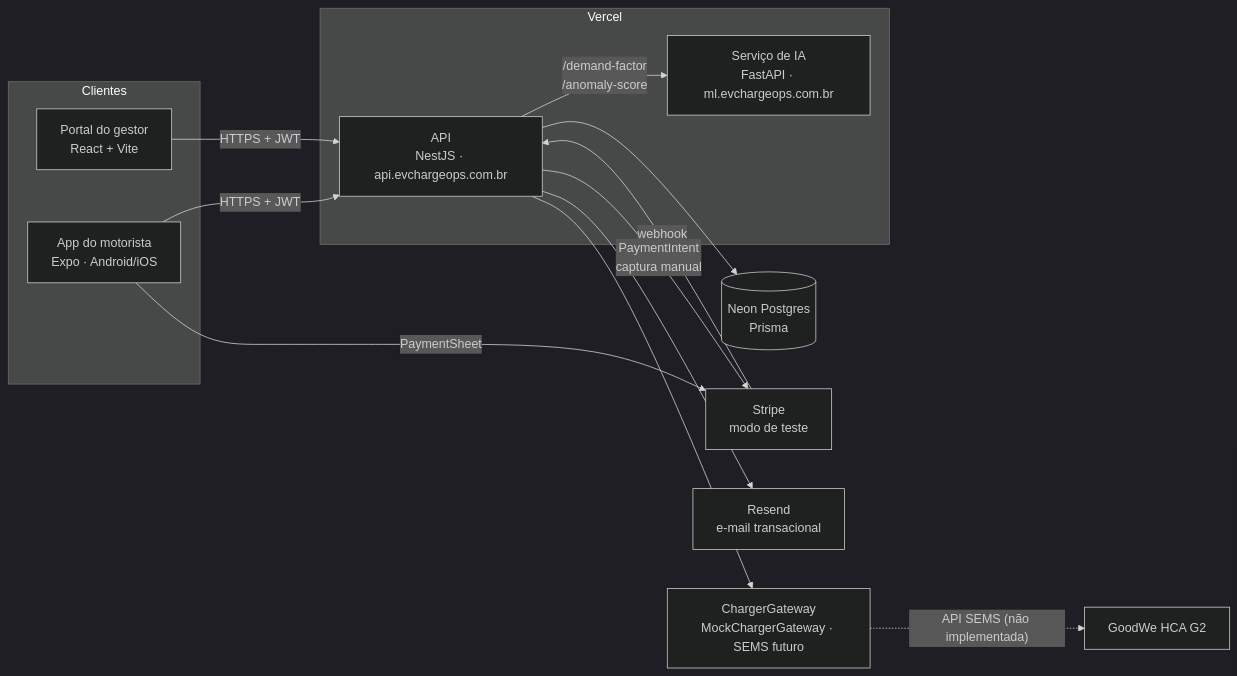
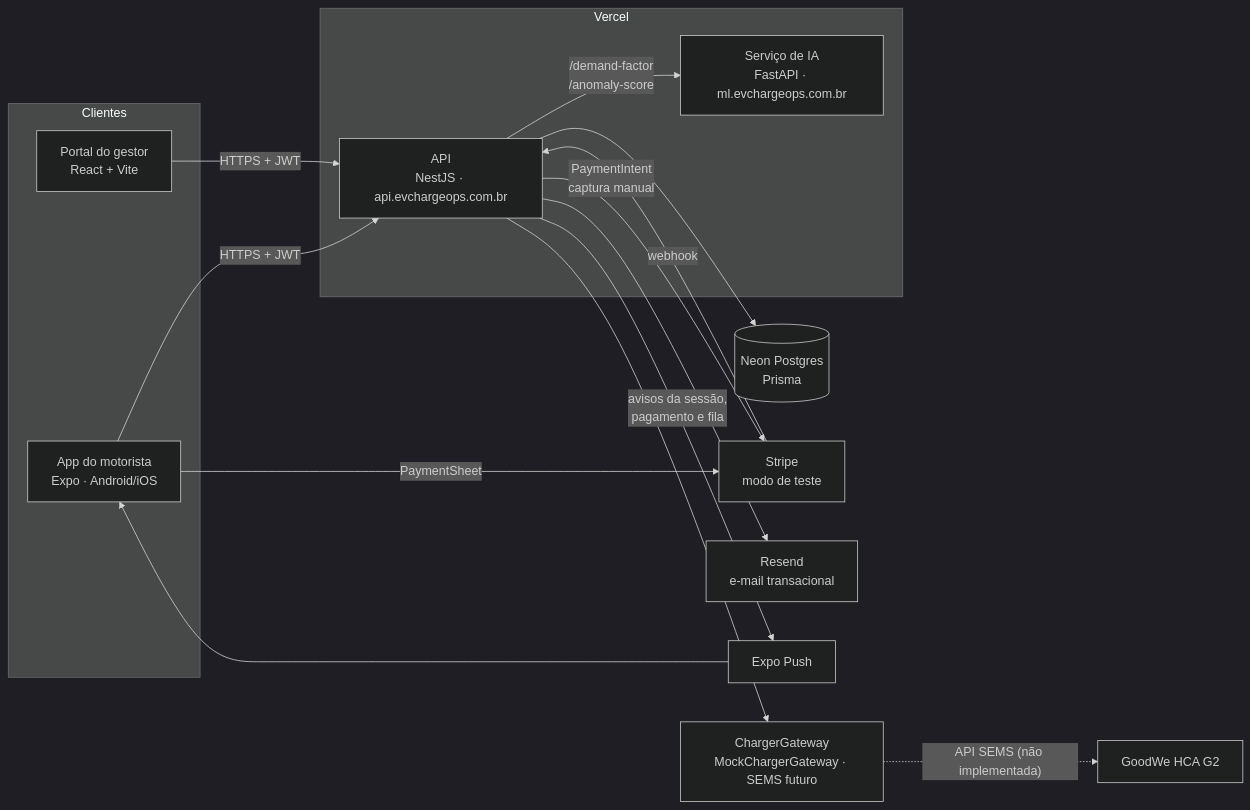
The first of 2 diagrams in README.md (ev-charge-ops/docs), drawn with Mermaid (dark theme) before and after one commit. The commit also changed other lines of this file, not shown here.

````diff
--- a/README.md
+++ b/README.md
@@ -74,29 +90,32 @@
 ```mermaid
 flowchart LR
     subgraph Clientes
         M["App do motorista<br/>Expo · Android/iOS"]
         W["Portal do gestor<br/>React + Vite"]
     end
 
     subgraph Vercel
         A["API<br/>NestJS · api.evchargeops.com.br"]
         ML["Serviço de IA<br/>FastAPI · ml.evchargeops.com.br"]
     end
 
     DB[("Neon Postgres<br/>Prisma")]
     ST["Stripe<br/>modo de teste"]
     RS["Resend<br/>e-mail transacional"]
+    EP["Expo Push"]
     CG["ChargerGateway<br/>MockChargerGateway · SEMS futuro"]
     HCA["GoodWe HCA G2"]
 
     M -- "HTTPS + JWT" --> A
     W -- "HTTPS + JWT" --> A
     M -- "PaymentSheet" --> ST
     A --> DB
     A -- "/demand-factor<br/>/anomaly-score" --> ML
     A -- "PaymentIntent<br/>captura manual" --> ST
     ST -- "webhook" --> A
     A --> RS
+    A -- "avisos da sessão,<br/>pagamento e fila" --> EP
+    EP --> M
     A --> CG
     CG -. "API SEMS (não implementada)" .-> HCA
 ```
````
